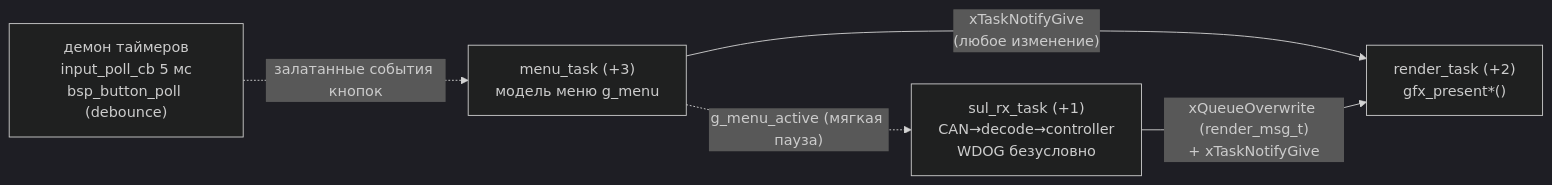
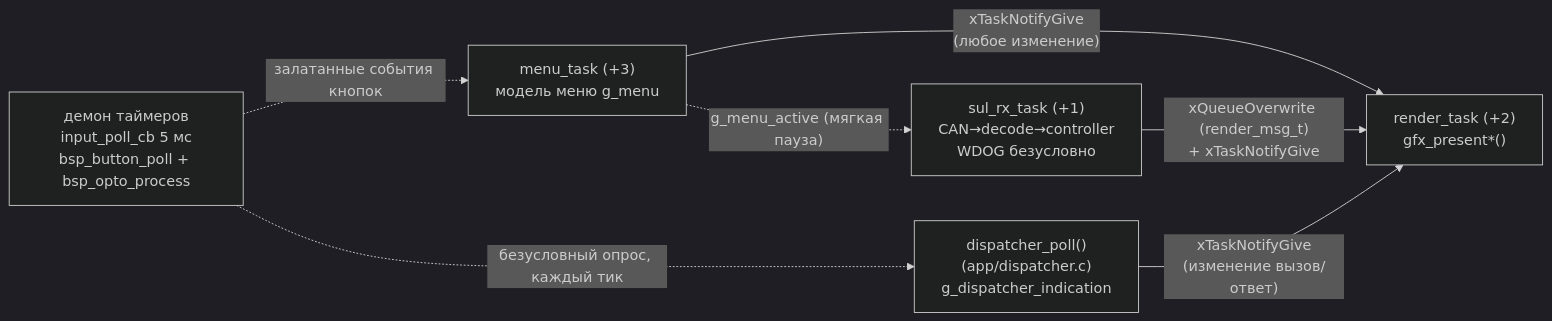
One commit to OSabuser/tft_manufacture_test changed the second of 2 diagrams in docs/tft_app/TASKS.md. Above: the diagram before and after it, drawn with Mermaid (dark theme). The commit also changed other lines of this file and 52 other files, not shown here.

Commit message:
#  tft_app: Phase 3.4 NKU Remote, Opto Inputs

````diff
--- a/docs/tft_app/TASKS.md
+++ b/docs/tft_app/TASKS.md
@@ -63,12 +64,15 @@
 ```mermaid
 flowchart LR
-    TMR["демон таймеров<br/>input_poll_cb 5 мс<br/>bsp_button_poll (debounce)"]
+    TMR["демон таймеров<br/>input_poll_cb 5 мс<br/>bsp_button_poll + bsp_opto_process"]
     MT["menu_task (+3)<br/>модель меню g_menu"]
     RX["sul_rx_task (+1)<br/>CAN→decode→controller<br/>WDOG безусловно"]
     RT["render_task (+2)<br/>gfx_present*()"]
+    DSP["dispatcher_poll()<br/>(app/dispatcher.c)<br/>g_dispatcher_indication"]
 
     TMR -."залатанные события кнопок".-> MT
+    TMR -."безусловный опрос, каждый тик".-> DSP
     MT -->|"xTaskNotifyGive<br/>(любое изменение)"| RT
     RX -->|"xQueueOverwrite (render_msg_t)<br/>+ xTaskNotifyGive"| RT
+    DSP -->|"xTaskNotifyGive<br/>(изменение вызов/ответ)"| RT
     MT -."g_menu_active (мягкая пауза)".-> RX
 ```
````
